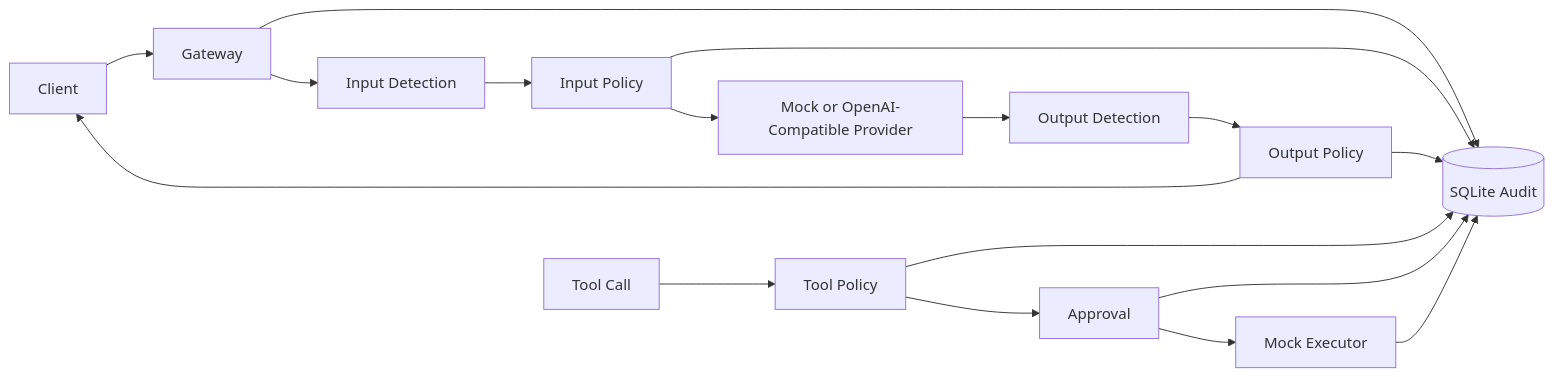
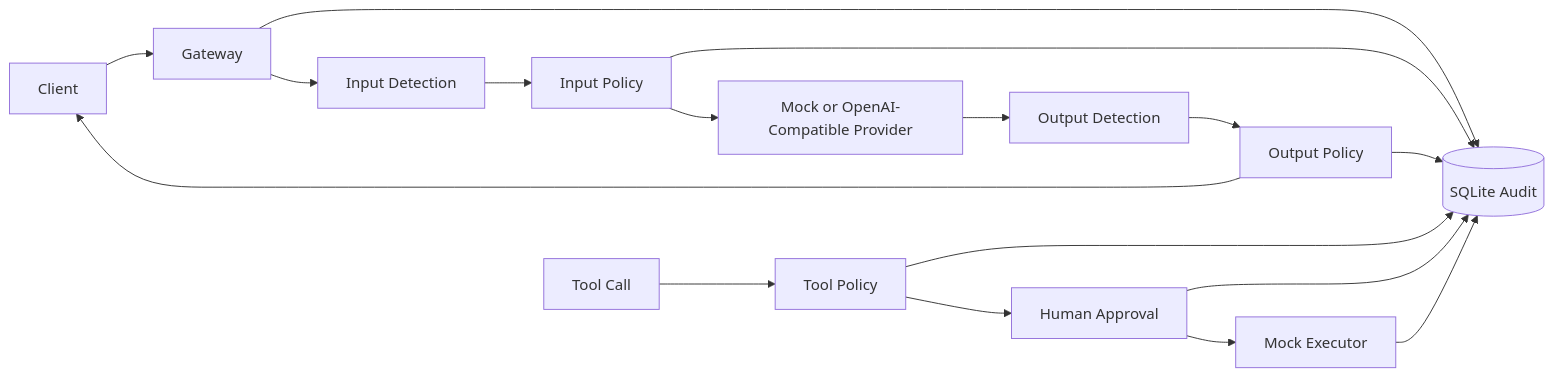
The diagram in README.md (Bitesdust-3/agentguard), drawn with Mermaid before and after one commit. The commit also changed other lines of this file and 1 other file, not shown here.

````diff
--- a/README.md
+++ b/README.md
@@ -27,20 +40,20 @@
 ```mermaid
 flowchart LR
     Client --> Gateway
     Gateway --> InputGuard[Input Detection]
     InputGuard --> InputPolicy[Input Policy]
     InputPolicy --> Provider[Mock or OpenAI-Compatible Provider]
     Provider --> OutputGuard[Output Detection]
     OutputGuard --> OutputPolicy[Output Policy]
     OutputPolicy --> Client
     Gateway --> Audit[(SQLite Audit)]
     InputPolicy --> Audit
     OutputPolicy --> Audit
 
     ToolCall[Tool Call] --> ToolPolicy[Tool Policy]
-    ToolPolicy --> Approval
+    ToolPolicy --> Approval[Human Approval]
     Approval --> MockExecutor[Mock Executor]
     ToolPolicy --> Audit
     Approval --> Audit
     MockExecutor --> Audit
 ```
````
